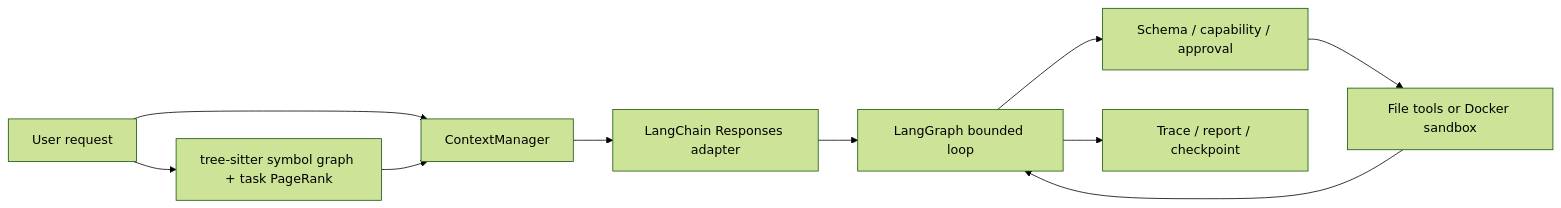
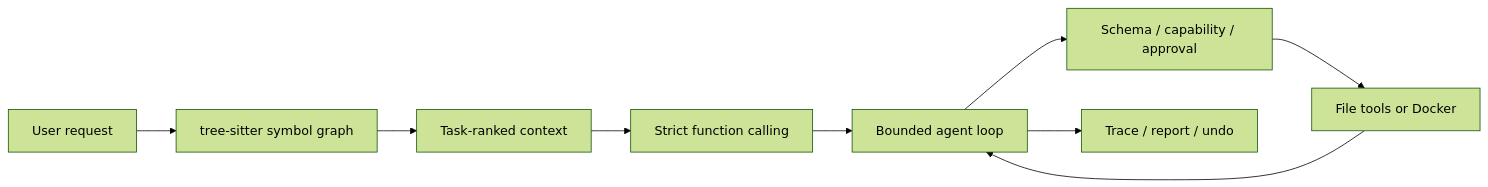
Before and after one commit to goskiwi/pico-main: the diagram in README.md, drawn with Mermaid (forest theme). The commit also changed other lines of this file and 175 other files, not shown here.

````diff
--- a/README.md
+++ b/README.md
@@ -40,12 +39,11 @@
 ```mermaid
 flowchart LR
-    U["User request"] --> R["tree-sitter symbol graph + task PageRank"]
-    U --> C["ContextManager"]
-    R --> C
-    C --> M["LangChain Responses adapter"]
-    M --> L["LangGraph bounded loop"]
-    L --> P["Schema / capability / approval"]
-    P --> T["File tools or Docker sandbox"]
+    U["User request"] --> R["tree-sitter symbol graph"]
+    R --> C["Task-ranked context"]
+    C --> M["Strict function calling"]
+    M --> L["Bounded agent loop"]
+    L --> G["Schema / capability / approval"]
+    G --> T["File tools or Docker"]
     T --> L
-    L --> A["Trace / report / checkpoint"]
+    L --> A["Trace / report / undo"]
 ```
````
